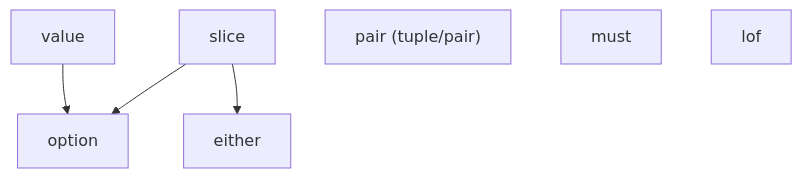
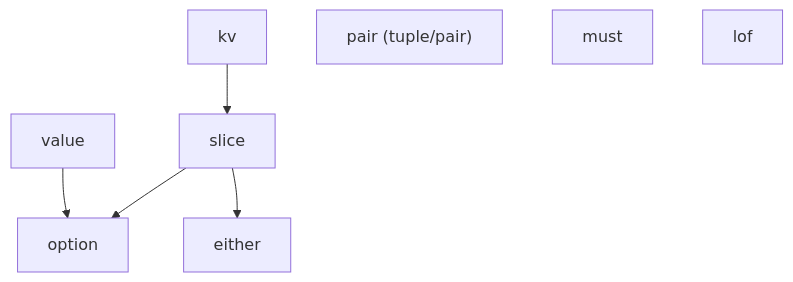
Before and after one commit to binaryphile/fluentfp: the diagram in docs/design.md, drawn with Mermaid. The commit also changed other lines of this file and 12 other files, not shown here.

````diff
--- a/docs/design.md
+++ b/docs/design.md
@@ -7,9 +7,10 @@
 ```mermaid
 flowchart TD
     slice --> option
     slice --> either
+    kv --> slice
     value --> option
     pair["pair (tuple/pair)"]
     must
     lof
 ```
````
